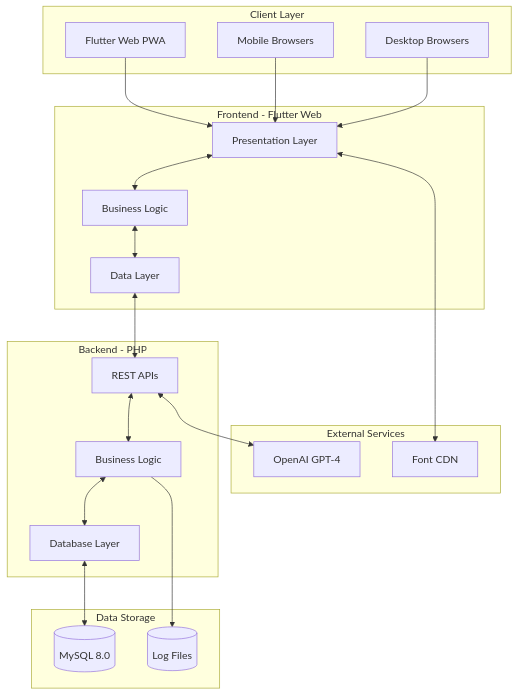
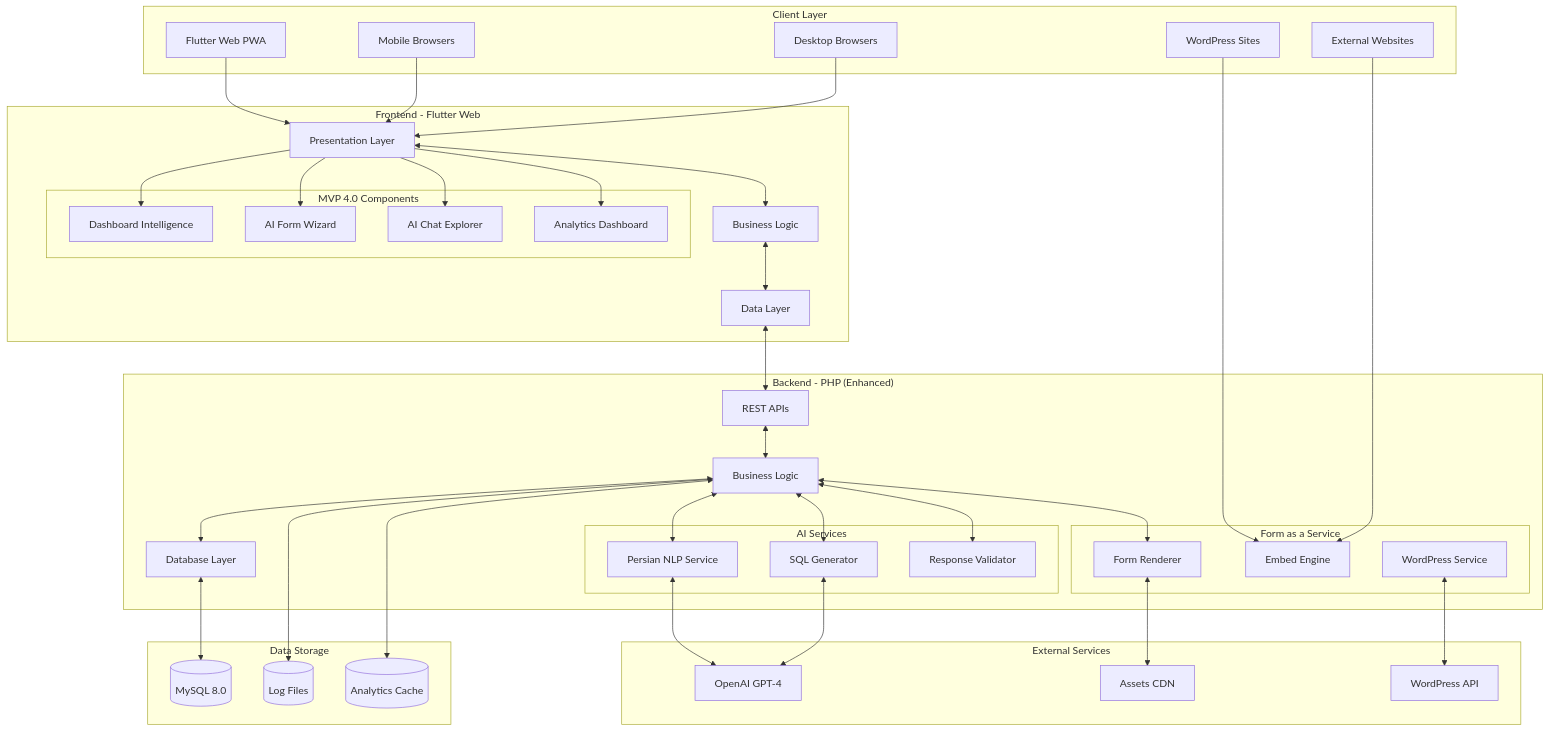
Before and after one commit to 123hassani-ai/Data-Save: the first of 3 diagrams in docs/01-Architecture/system-architecture.md, drawn with Mermaid. The commit also changed other lines of this file and 17 other files, not shown here.

````diff
--- a/docs/01-Architecture/system-architecture.md
+++ b/docs/01-Architecture/system-architecture.md
@@ -57,44 +57,82 @@
         WEB[Flutter Web PWA]
         MOB[Mobile Browsers]
         DESK[Desktop Browsers]
+        WP[WordPress Sites]
+        EMBED[External Websites]
     end
     
     subgraph "Frontend - Flutter Web"
         UI[Presentation Layer]
         BL[Business Logic]
         DATA[Data Layer]
+        
+        subgraph "MVP 4.0 Components"
+            DASH[Dashboard Intelligence]
+            WIZARD[AI Form Wizard]
+            CHAT[AI Chat Explorer]
+            ANALYTICS[Analytics Dashboard]
+        end
     end
     
-    subgraph "Backend - PHP"
+    subgraph "Backend - PHP (Enhanced)"
         API[REST APIs]
         LOGIC[Business Logic]
         DB_LAYER[Database Layer]
+        
+        subgraph "AI Services"
+            NLP[Persian NLP Service]
+            SQL_GEN[SQL Generator]
+            VALIDATOR[Response Validator]
+        end
+        
+        subgraph "Form as a Service"
+            RENDERER[Form Renderer]
+            EMBED_ENGINE[Embed Engine]
+            WP_SERVICE[WordPress Service]
+        end
     end
     
     subgraph "External Services"
         OPENAI[OpenAI GPT-4]
-        CDN[Font CDN]
+        CDN[Assets CDN]
+        WP_API[WordPress API]
     end
     
     subgraph "Data Storage"
         MYSQL[(MySQL 8.0)]
         LOGS[(Log Files)]
+        CACHE[(Analytics Cache)]
     end
     
     WEB --> UI
     MOB --> UI
     DESK --> UI
+    WP --> EMBED_ENGINE
+    EMBED --> EMBED_ENGINE
     
     UI <--> BL
     BL <--> DATA
     DATA <--> API
     
+    UI --> DASH
+    UI --> WIZARD
+    UI --> CHAT
+    UI --> ANALYTICS
+    
     API <--> LOGIC
     LOGIC <--> DB_LAYER
     DB_LAYER <--> MYSQL
     
-    API <--> OPENAI
-    UI <--> CDN
+    LOGIC <--> NLP
+    LOGIC <--> SQL_GEN
+    LOGIC <--> VALIDATOR
+    LOGIC <--> RENDERER
+    
+    NLP <--> OPENAI
+    SQL_GEN <--> OPENAI
+    WP_SERVICE <--> WP_API
+    RENDERER <--> CDN
     
     LOGIC --> LOGS
+    LOGIC <--> CACHE
 ```
````
